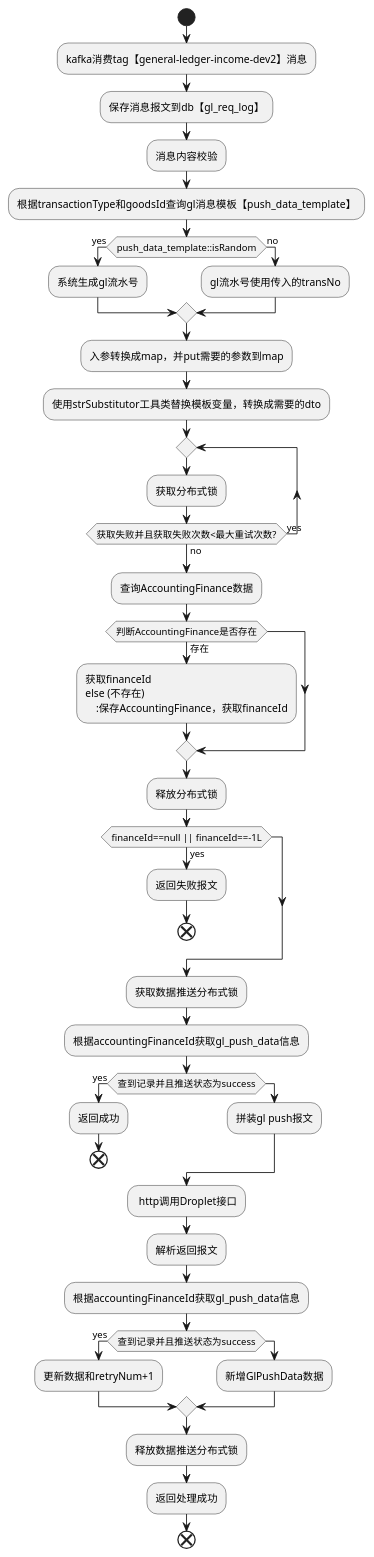
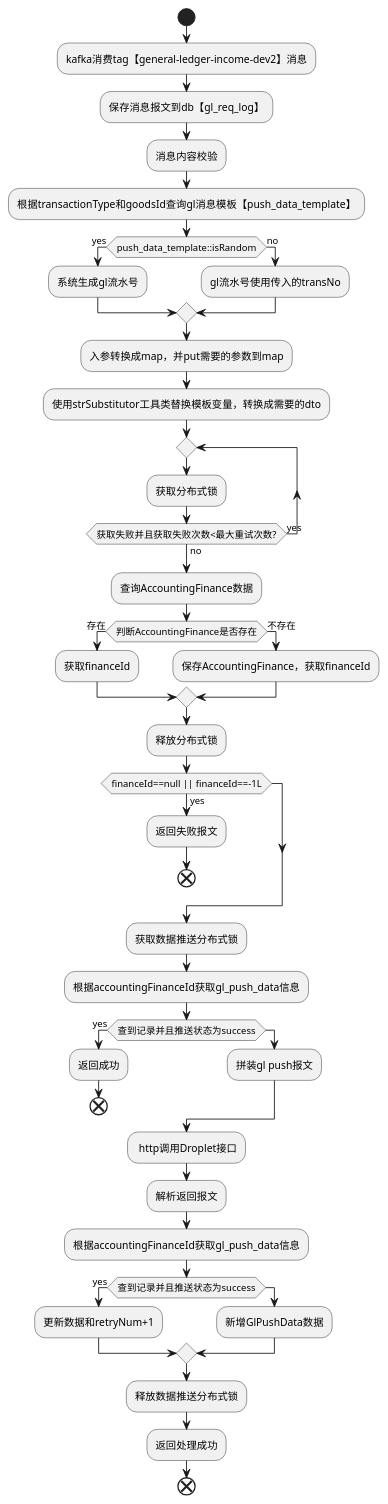
The diagram in doc/za/income/生成gl.puml (zhengyi89/demo-util), drawn with PlantUML before and after one commit. The commit also changed 26 other files, not shown here.

```diff
--- a/doc/za/income/生成gl.puml
+++ b/doc/za/income/生成gl.puml
@@ -1,69 +1,69 @@
 @startuml
 'https://plantuml.com/sequence-diagram
 
 start
 
 :kafka消费tag【general-ledger-income-dev2】消息;
 
 :保存消息报文到db【gl_req_log】;
 
 :消息内容校验;
 
 :根据transactionType和goodsId查询gl消息模板【push_data_template】;
 
 if(push_data_template::isRandom) then (yes)
     :系统生成gl流水号;
 else (no)
     :gl流水号使用传入的transNo;
 endif
 
 :入参转换成map，并put需要的参数到map;
 
 :使用strSubstitutor工具类替换模板变量，转换成需要的dto;
 
 repeat
 :获取分布式锁;
 repeat while (获取失败并且获取失败次数<最大重试次数?) is (yes) not (no)
 
 :查询AccountingFinance数据;
 
 if(判断AccountingFinance是否存在) then (存在)
-    :获取financeId
+    :获取financeId;
 else (不存在)
     :保存AccountingFinance，获取financeId;
 endif
 
 :释放分布式锁;
 
 if(financeId==null || financeId==-1L) then (yes)
     :返回失败报文;
     end
 endif
 
 :获取数据推送分布式锁;
 
 :根据accountingFinanceId获取gl_push_data信息;
 
 if (查到记录并且推送状态为success) then (yes)
     :返回成功;
     end
 else
     :拼装gl push报文;
 endif
 
 : http调用Droplet接口;
 :解析返回报文;
 
 :根据accountingFinanceId获取gl_push_data信息;
 
 if (查到记录并且推送状态为success) then (yes)
     :更新数据和retryNum+1;
 else
     :新增GlPushData数据;
 endif
 
 :释放数据推送分布式锁;
 :返回处理成功;
 
 end
 @enduml
```
